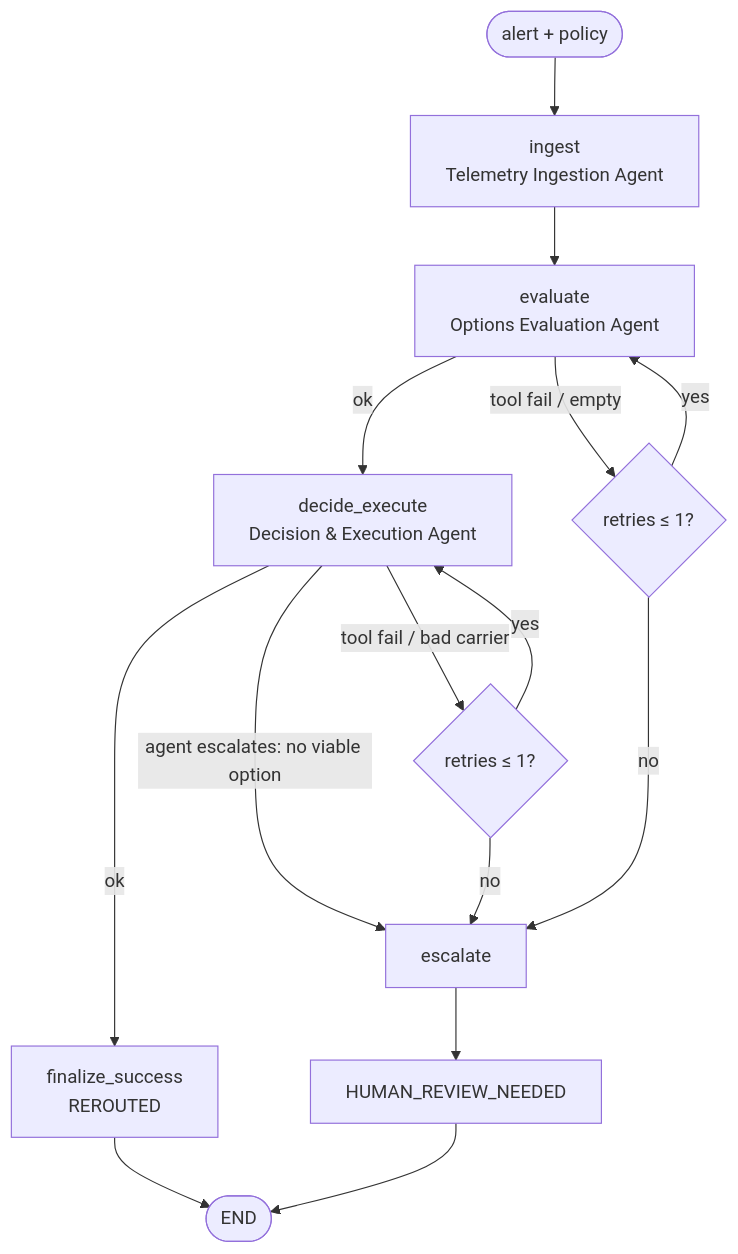
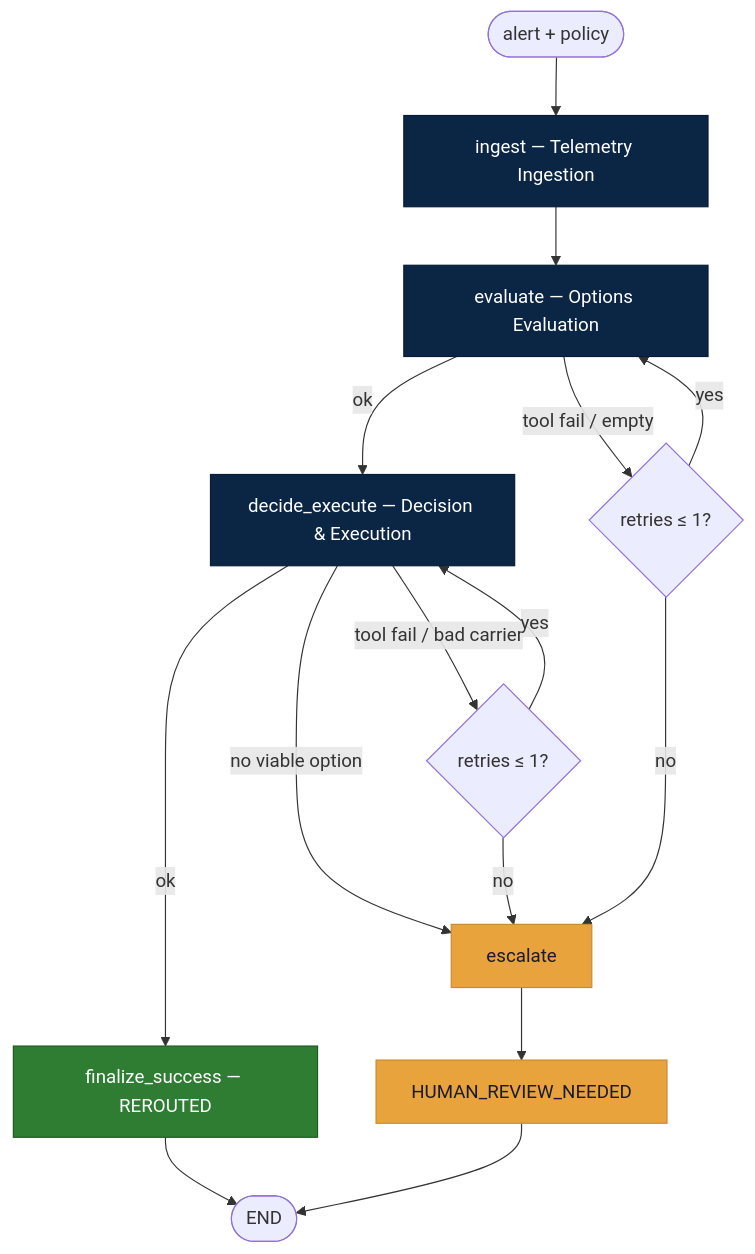
One commit to San7122/triluxo-carrier-rerouting changed the second of 6 diagrams in docs/technical_documentation.md. Above: the diagram before and after it, drawn with Mermaid. The commit also changed other lines of this file, not shown here.

````diff
--- a/docs/technical_documentation.md
+++ b/docs/technical_documentation.md
@@ -145,17 +147,23 @@
 ```mermaid
 flowchart TD
-    START([alert + policy]) --> I[ingest<br/>Telemetry Ingestion Agent]
-    I --> E[evaluate<br/>Options Evaluation Agent]
-    E -->|ok| D[decide_execute<br/>Decision & Execution Agent]
+    START([alert + policy]) --> I[ingest — Telemetry Ingestion]
+    I --> E[evaluate — Options Evaluation]
+    E -->|ok| D[decide_execute — Decision & Execution]
     E -->|tool fail / empty| RE{retries &le; 1?}
     RE -->|yes| E
     RE -->|no| ESC[escalate]
-    D -->|ok| FIN[finalize_success<br/>REROUTED]
-    D -->|agent escalates: no viable option| ESC
+    D -->|ok| FIN[finalize_success — REROUTED]
+    D -->|no viable option| ESC
     D -->|tool fail / bad carrier| RD{retries &le; 1?}
     RD -->|yes| D
     RD -->|no| ESC
     ESC --> HR[HUMAN_REVIEW_NEEDED]
     FIN --> ENDN([END])
     HR --> ENDN
+    classDef agent fill:#0B2545,color:#fff,stroke:#081b34;
+    classDef safe fill:#2E7D32,color:#fff,stroke:#215923;
+    classDef warn fill:#E8A33D,color:#1A1A2E,stroke:#c98a2f;
+    class I,E,D agent;
+    class FIN safe;
+    class ESC,HR warn;
 ```
````
